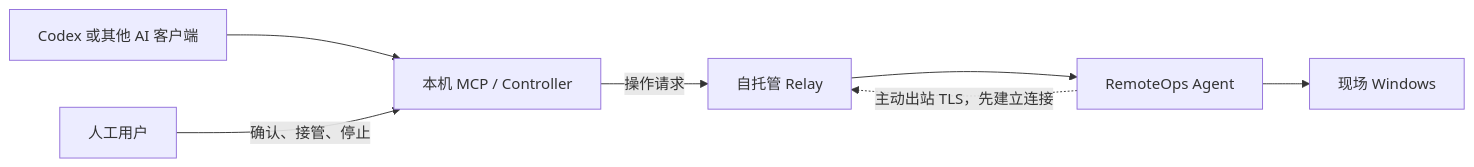
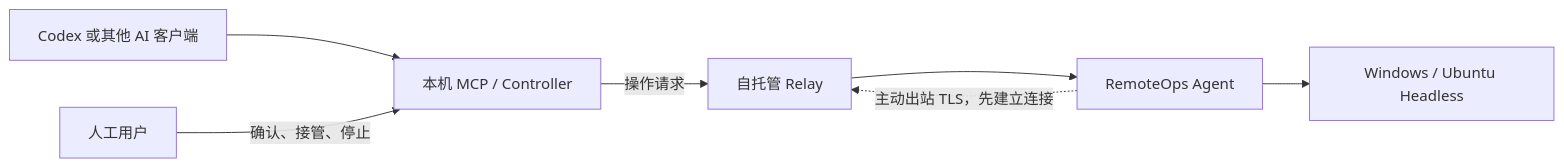
The diagram in README.md (schneelolz/RemoteOps), drawn with Mermaid before and after one commit. The commit also changed other lines of this file and 31 other files, not shown here.

Commit message:
feat(agent): add Ubuntu Linux headless agent

````diff
--- a/README.md
+++ b/README.md
@@ -26,9 +26,9 @@
 ```mermaid
 flowchart LR
     AI[Codex 或其他 AI 客户端] --> MCP[本机 MCP / Controller]
     MCP -->|操作请求| Relay[自托管 Relay]
     Relay --> Agent[RemoteOps Agent]
-    Agent --> Field[现场 Windows]
+    Agent --> Field[Windows / Ubuntu Headless]
     Agent -.->|主动出站 TLS，先建立连接| Relay
     Human[人工用户] -->|确认、接管、停止| MCP
 ```
````
